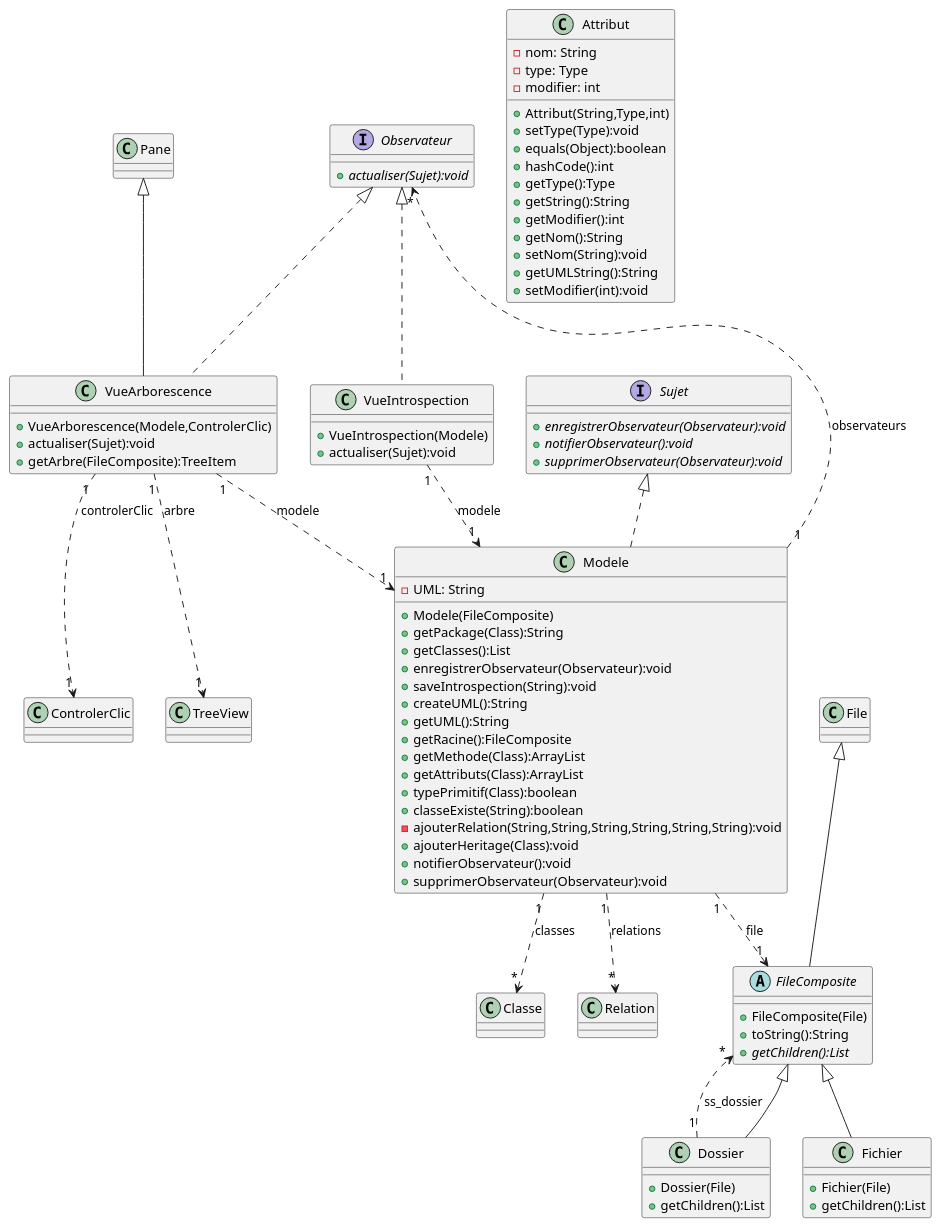
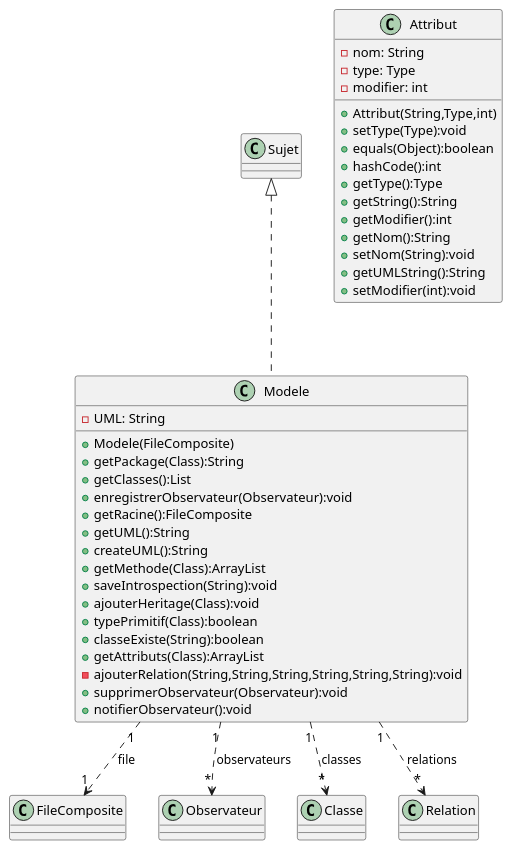
The diagram in Diag.puml (EliasKho/SAE-Plugin_JavaFx), drawn with PlantUML before and after one commit. The commit also changed 2 other files, not shown here.

```diff
--- a/Diag.puml
+++ b/Diag.puml
@@ -1,92 +1,44 @@
 @startuml
 class Modele {
 -UML: String
 +Modele(FileComposite)
 +getPackage(Class):String
 +getClasses():List
 +enregistrerObservateur(Observateur):void
++getRacine():FileComposite
++getUML():String
++createUML():String
++getMethode(Class):ArrayList
 +saveIntrospection(String):void
-+createUML():String
-+getUML():String
-+getRacine():FileComposite
-+getMethode(Class):ArrayList
-+getAttributs(Class):ArrayList
++ajouterHeritage(Class):void
 +typePrimitif(Class):boolean
 +classeExiste(String):boolean
++getAttributs(Class):ArrayList
 -ajouterRelation(String,String,String,String,String,String):void
-+ajouterHeritage(Class):void
++supprimerObservateur(Observateur):void
 +notifierObservateur():void
-+supprimerObservateur(Observateur):void
-}
-
-interface Observateur {
-+{abstract} actualiser(Sujet):void
-}
-
-interface Sujet {
-+{abstract} enregistrerObservateur(Observateur):void
-+{abstract} notifierObservateur():void
-+{abstract} supprimerObservateur(Observateur):void
-}
-
-class VueIntrospection {
-+VueIntrospection(Modele)
-+actualiser(Sujet):void
-}
-
-class Dossier {
-+Dossier(File)
-+getChildren():List
-}
-
-class Fichier {
-+Fichier(File)
-+getChildren():List
-}
-
-abstract class FileComposite {
-+FileComposite(File)
-+toString():String
-+{abstract} getChildren():List
-}
-
-class VueArborescence {
-+VueArborescence(Modele,ControlerClic)
-+actualiser(Sujet):void
-+getArbre(FileComposite):TreeItem
 }
 
 class Attribut {
 -nom: String
 -type: Type
 -modifier: int
 +Attribut(String,Type,int)
 +setType(Type):void
 +equals(Object):boolean
 +hashCode():int
 +getType():Type
 +getString():String
 +getModifier():int
 +getNom():String
 +setNom(String):void
 +getUMLString():String
 +setModifier(int):void
 }
 
 Modele "1" ..> "1" FileComposite : file
 Modele "1" ..> "*" Observateur : observateurs
 Modele "1" ..> "*" Classe : classes
 Modele "1" ..> "*" Relation : relations
 Modele .u.|> Sujet : ""
-VueIntrospection "1" ..> "1" Modele : modele
-VueIntrospection .u.|> Observateur : ""
-Dossier "1" ..> "*" FileComposite : ss_dossier
-Dossier -u-|> FileComposite : ""
-Fichier -u-|> FileComposite : ""
-FileComposite -u-|> File : ""
-VueArborescence "1" ..> "1" TreeView : arbre
-VueArborescence "1" ..> "1" Modele : modele
-VueArborescence "1" ..> "1" ControlerClic : controlerClic
-VueArborescence -u-|> Pane : ""
-VueArborescence .u.|> Observateur : ""
 @enduml
```
